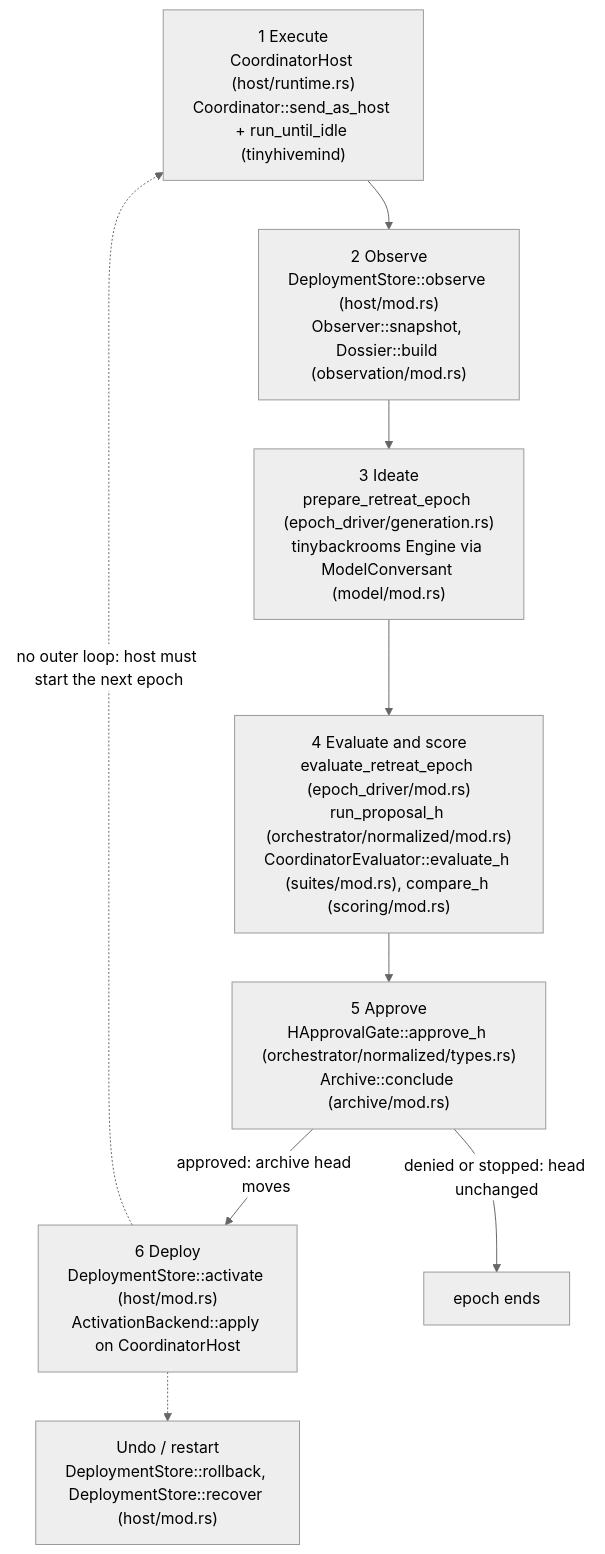
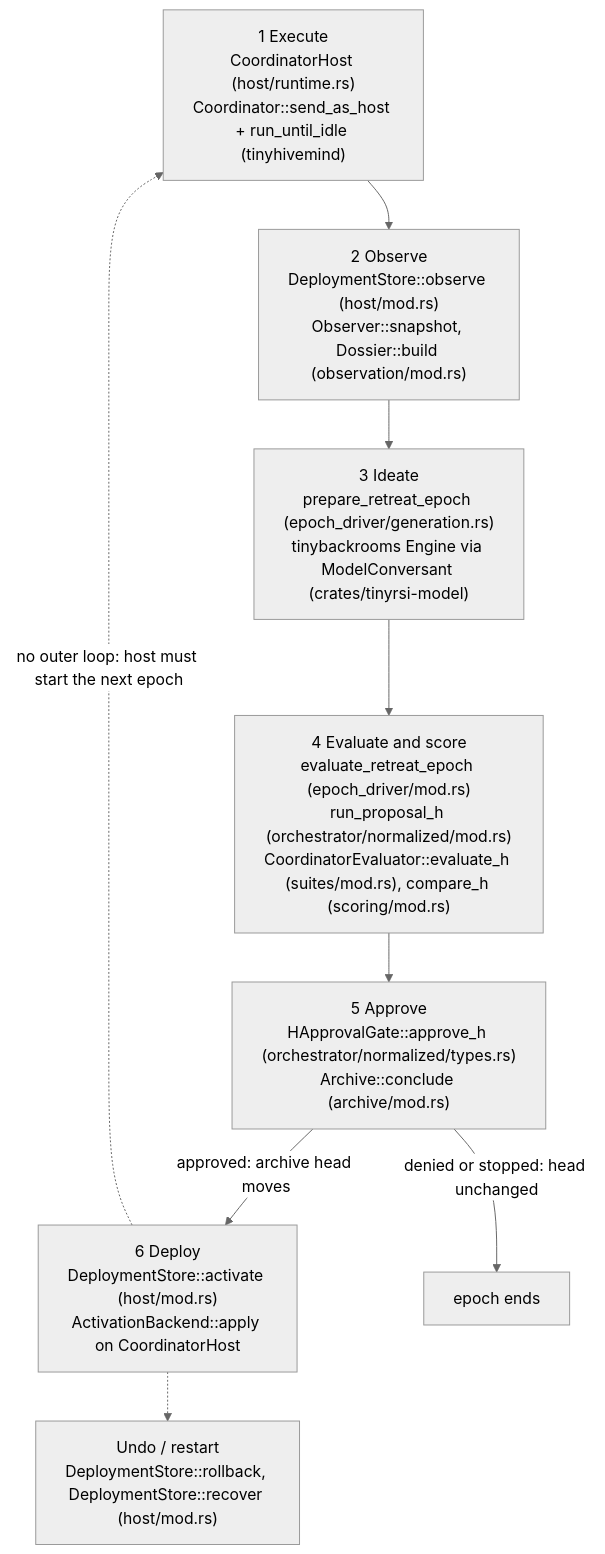
One commit to tinyhumansai/rsi-ralph changed the diagram in docs/architecture.md. Above: the diagram before and after it, drawn with Mermaid (neutral theme). The commit also changed other lines of this file and 5 other files, not shown here.

Commit message:
Point docs at the types and model crates

````diff
--- a/docs/architecture.md
+++ b/docs/architecture.md
@@ -26,15 +26,15 @@
 ```mermaid
 flowchart TD
     E["1 Execute<br/>CoordinatorHost (host/runtime.rs)<br/>Coordinator::send_as_host + run_until_idle (tinyhivemind)"]
     O["2 Observe<br/>DeploymentStore::observe (host/mod.rs)<br/>Observer::snapshot, Dossier::build (observation/mod.rs)"]
-    I["3 Ideate<br/>prepare_retreat_epoch (epoch_driver/generation.rs)<br/>tinybackrooms Engine via ModelConversant (model/mod.rs)"]
+    I["3 Ideate<br/>prepare_retreat_epoch (epoch_driver/generation.rs)<br/>tinybackrooms Engine via ModelConversant (crates/tinyrsi-model)"]
     S["4 Evaluate and score<br/>evaluate_retreat_epoch (epoch_driver/mod.rs)<br/>run_proposal_h (orchestrator/normalized/mod.rs)<br/>CoordinatorEvaluator::evaluate_h (suites/mod.rs), compare_h (scoring/mod.rs)"]
     A["5 Approve<br/>HApprovalGate::approve_h (orchestrator/normalized/types.rs)<br/>Archive::conclude (archive/mod.rs)"]
     D["6 Deploy<br/>DeploymentStore::activate (host/mod.rs)<br/>ActivationBackend::apply on CoordinatorHost"]
     R["Undo / restart<br/>DeploymentStore::rollback, DeploymentStore::recover (host/mod.rs)"]
     E --> O --> I --> S --> A
     A -- "approved: archive head moves" --> D
     A -- "denied or stopped: head unchanged" --> X["epoch ends"]
     D -.-> R
     D -. "no outer loop: host must start the next epoch" .-> E
 ```
````
